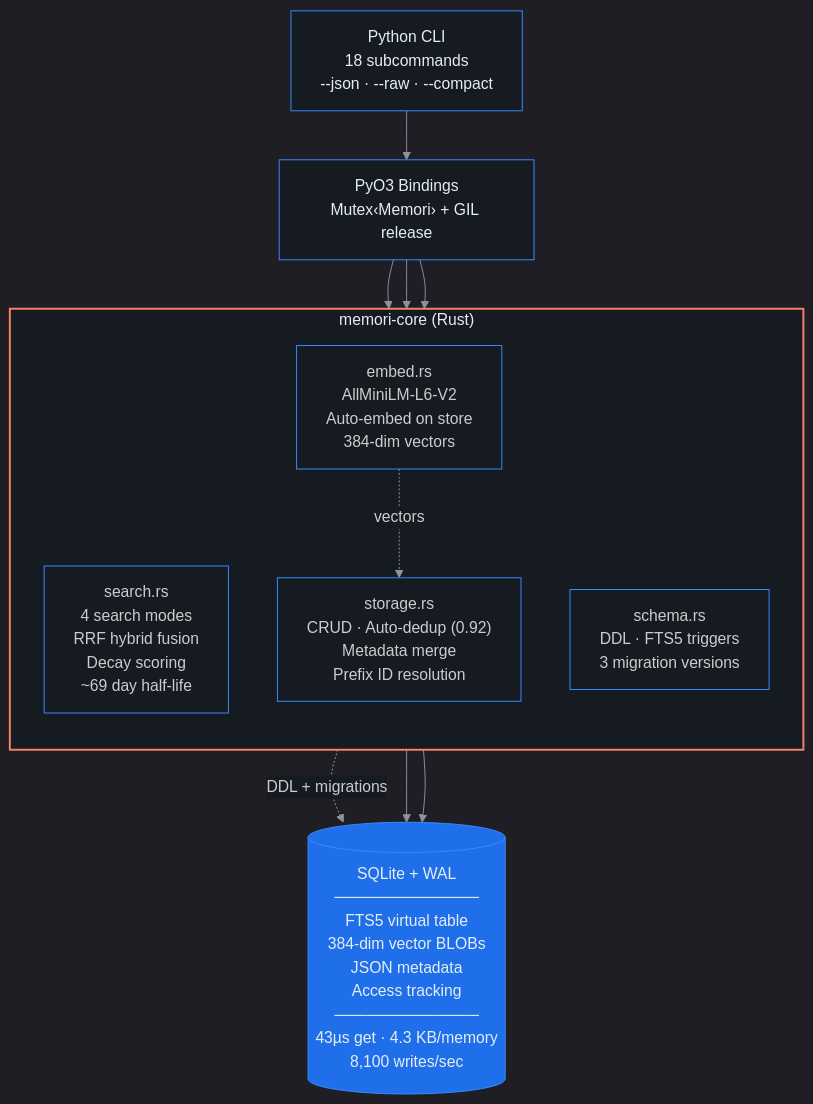
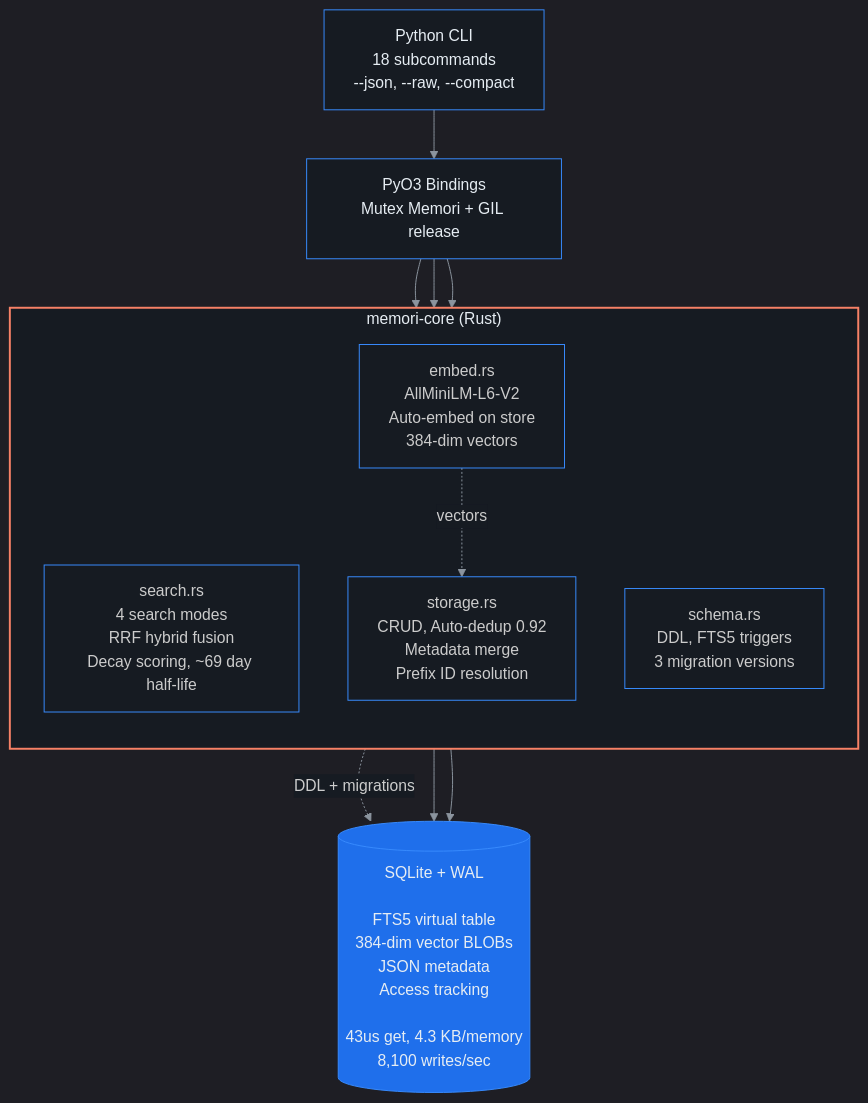
The diagram in docs/architecture-engine.mmd (archit15singh/memori), drawn with Mermaid before and after one commit. The commit also changed 3 other files, not shown here.

Commit message:
fix: render line breaks correctly in architecture diagrams

```diff
--- a/docs/architecture-engine.mmd
+++ b/docs/architecture-engine.mmd
@@ -1,29 +1,29 @@
 %%{init: {'theme': 'dark', 'themeVariables': {'primaryColor': '#1f6feb', 'primaryTextColor': '#e6edf3', 'primaryBorderColor': '#388bfd', 'lineColor': '#8b949e', 'secondaryColor': '#161b22', 'tertiaryColor': '#0d1117', 'background': '#0d1117', 'mainBkg': '#161b22', 'nodeBorder': '#388bfd', 'clusterBkg': '#161b2299', 'clusterBorder': '#30363d', 'titleColor': '#e6edf3', 'edgeLabelBackground': '#161b22', 'fontSize': '16px'}}}%%
 
 flowchart TB
-    CLI["Python CLI\n18 subcommands\n--json · --raw · --compact"]
-    PYO3["PyO3 Bindings\nMutex‹Memori› + GIL release"]
+    CLI["Python CLI<br/>18 subcommands<br/>--json, --raw, --compact"]
+    PYO3["PyO3 Bindings<br/>Mutex Memori + GIL release"]
 
     subgraph CORE["memori-core  (Rust)"]
         direction TB
-        SEARCH["search.rs\n4 search modes\nRRF hybrid fusion\nDecay scoring\n~69 day half-life"]
-        STORAGE["storage.rs\nCRUD · Auto-dedup (0.92)\nMetadata merge\nPrefix ID resolution"]
-        EMBED["embed.rs\nAllMiniLM-L6-V2\nAuto-embed on store\n384-dim vectors"]
-        SCHEMA["schema.rs\nDDL · FTS5 triggers\n3 migration versions"]
+        SEARCH["search.rs<br/>4 search modes<br/>RRF hybrid fusion<br/>Decay scoring, ~69 day half-life"]
+        STORAGE["storage.rs<br/>CRUD, Auto-dedup 0.92<br/>Metadata merge<br/>Prefix ID resolution"]
+        EMBED["embed.rs<br/>AllMiniLM-L6-V2<br/>Auto-embed on store<br/>384-dim vectors"]
+        SCHEMA["schema.rs<br/>DDL, FTS5 triggers<br/>3 migration versions"]
     end
 
-    DB[("SQLite + WAL\n─────────────\nFTS5 virtual table\n384-dim vector BLOBs\nJSON metadata\nAccess tracking\n─────────────\n43µs get · 4.3 KB/memory\n8,100 writes/sec")]
+    DB[("SQLite + WAL<br/><br/>FTS5 virtual table<br/>384-dim vector BLOBs<br/>JSON metadata<br/>Access tracking<br/><br/>43us get, 4.3 KB/memory<br/>8,100 writes/sec")]
 
     CLI --> PYO3
     PYO3 --> SEARCH
     PYO3 --> STORAGE
     PYO3 --> EMBED
     EMBED -.->|"vectors"| STORAGE
     SCHEMA -.->|"DDL + migrations"| DB
     SEARCH --> DB
     STORAGE --> DB
 
     style CORE fill:#161b22,stroke:#f78166,stroke-width:2px,color:#e6edf3
     style DB fill:#1f6feb,stroke:#388bfd,color:#e6edf3
     style CLI fill:#161b22,stroke:#388bfd,color:#e6edf3
     style PYO3 fill:#161b22,stroke:#388bfd,color:#e6edf3
```
